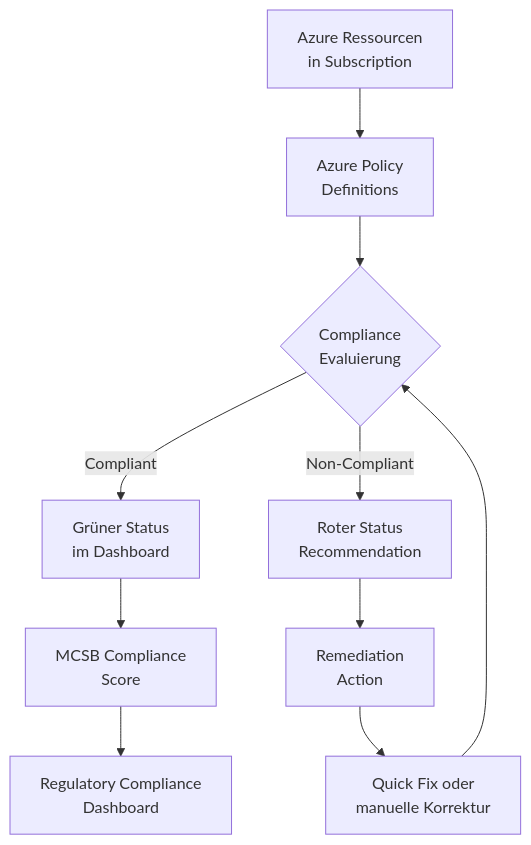
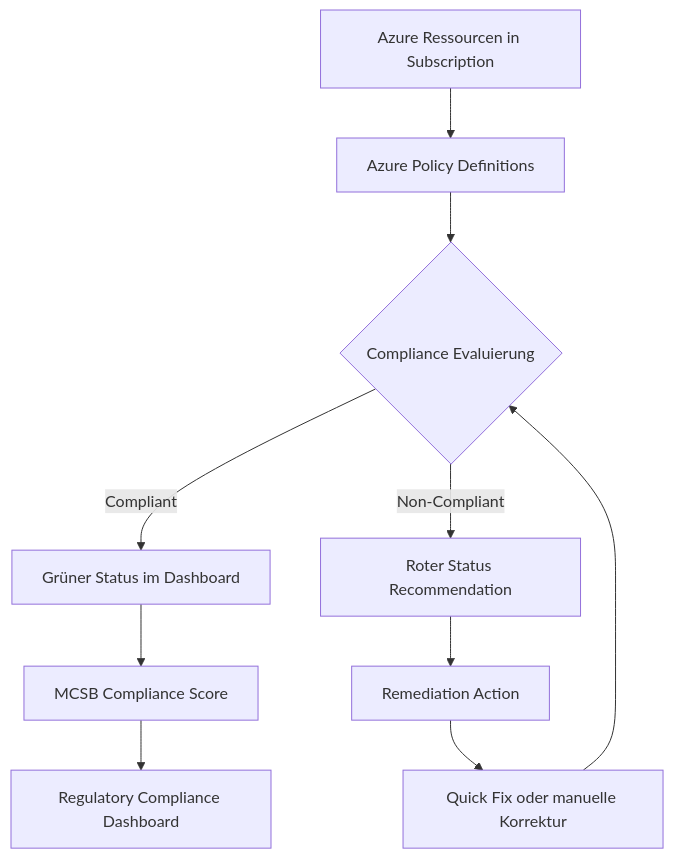
The first of 3 diagrams in Microsoft 365/Azure/Sicherheit/Azure Security Benchmark.md (SoniiiT/notes-n-docs), drawn with Mermaid before and after one commit. The commit also changed other lines of this file and 124 other files, not shown here.

First line of the commit message:
fix: Entferne \n aus allen Mermaid-Diagrammen (125 Dateien)

````diff
--- a/Microsoft 365/Azure/Sicherheit/Azure Security Benchmark.md
+++ b/Microsoft 365/Azure/Sicherheit/Azure Security Benchmark.md
@@ -120,12 +120,12 @@
 ```mermaid
 graph TD
-    A[Azure Ressourcen\nin Subscription] --> B[Azure Policy\nDefinitions]
-    B --> C{Compliance\nEvaluierung}
-    C -->|Compliant| D[Grüner Status\nim Dashboard]
-    C -->|Non-Compliant| E[Roter Status\nRecommendation]
-    E --> F[Remediation\nAction]
-    F --> G[Quick Fix oder\nmanuelle Korrektur]
+    A[Azure Ressourcen in Subscription] --> B[Azure Policy Definitions]
+    B --> C{Compliance Evaluierung}
+    C -->|Compliant| D[Grüner Status im Dashboard]
+    C -->|Non-Compliant| E[Roter Status Recommendation]
+    E --> F[Remediation Action]
+    F --> G[Quick Fix oder manuelle Korrektur]
     G --> C
-    D --> H[MCSB Compliance\nScore]
-    H --> I[Regulatory Compliance\nDashboard]
+    D --> H[MCSB Compliance Score]
+    H --> I[Regulatory Compliance Dashboard]
 ```
````
